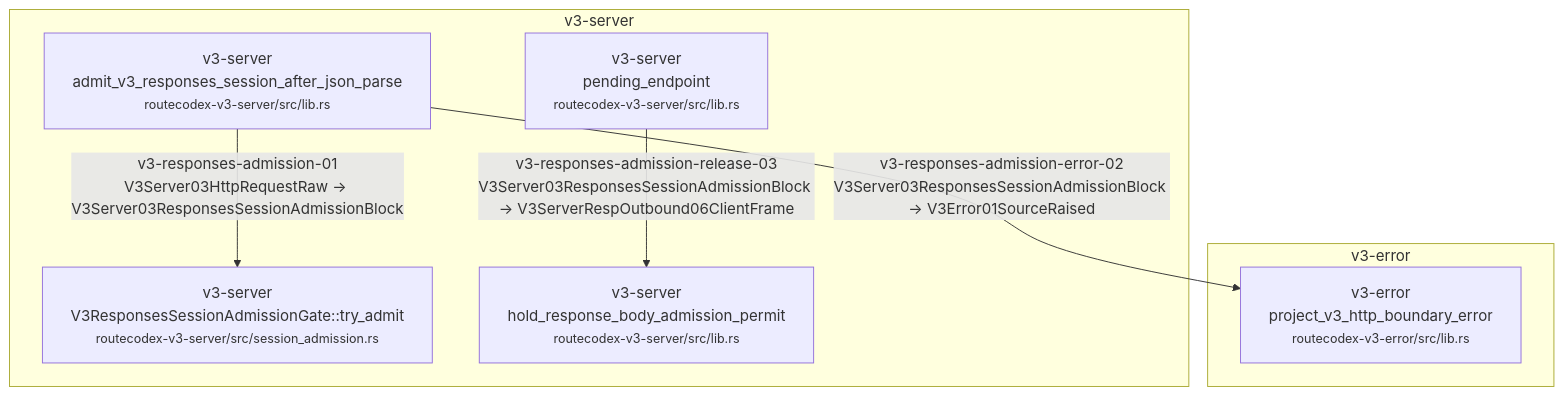
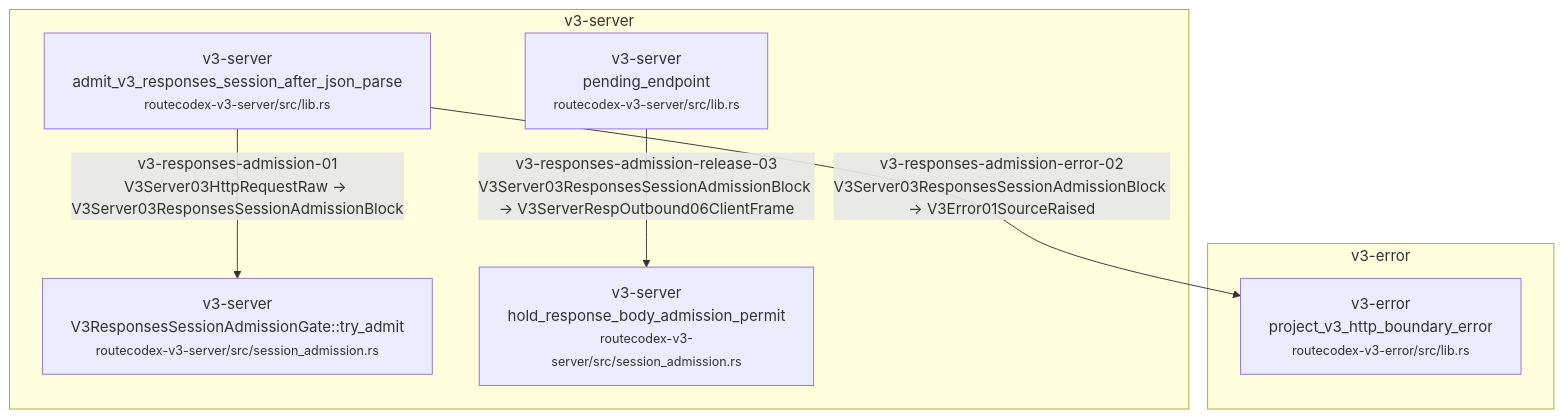
Diagram 52 of 58 in docs/architecture/wiki/v3-mainline-caller-flow.md (Jasonzhangf/routecodex), drawn with Mermaid before and after one commit. The commit also changed other lines of this file and 15 other files, not shown here.

````diff
--- a/docs/architecture/wiki/v3-mainline-caller-flow.md
+++ b/docs/architecture/wiki/v3-mainline-caller-flow.md
@@ -2089,15 +2089,15 @@
 ```mermaid
 flowchart TD
   subgraph c_50_v3_responses_session_admission_m_v3_error["v3-error"]
     c_50_v3_responses_session_admission_2["v3-error<br/>project_v3_http_boundary_error<br/><small>routecodex-v3-error/src/lib.rs</small>"]
   end
   subgraph c_50_v3_responses_session_admission_m_v3_server["v3-server"]
     c_50_v3_responses_session_admission_0["v3-server<br/>admit_v3_responses_session_after_json_parse<br/><small>routecodex-v3-server/src/lib.rs</small>"]
     c_50_v3_responses_session_admission_1["v3-server<br/>V3ResponsesSessionAdmissionGate::try_admit<br/><small>routecodex-v3-server/src/session_admission.rs</small>"]
     c_50_v3_responses_session_admission_3["v3-server<br/>pending_endpoint<br/><small>routecodex-v3-server/src/lib.rs</small>"]
-    c_50_v3_responses_session_admission_4["v3-server<br/>hold_response_body_admission_permit<br/><small>routecodex-v3-server/src/lib.rs</small>"]
+    c_50_v3_responses_session_admission_4["v3-server<br/>hold_response_body_admission_permit<br/><small>routecodex-v3-server/src/session_admission.rs</small>"]
   end
   c_50_v3_responses_session_admission_0 -->|v3-responses-admission-01<br/>V3Server03HttpRequestRaw → V3Server03ResponsesSessionAdmissionBlock| c_50_v3_responses_session_admission_1
   c_50_v3_responses_session_admission_0 -->|v3-responses-admission-error-02<br/>V3Server03ResponsesSessionAdmissionBlock → V3Error01SourceRaised| c_50_v3_responses_session_admission_2
   c_50_v3_responses_session_admission_3 -->|v3-responses-admission-release-03<br/>V3Server03ResponsesSessionAdmissionBlock → V3ServerRespOutbound06ClientFrame| c_50_v3_responses_session_admission_4
 ```
````
